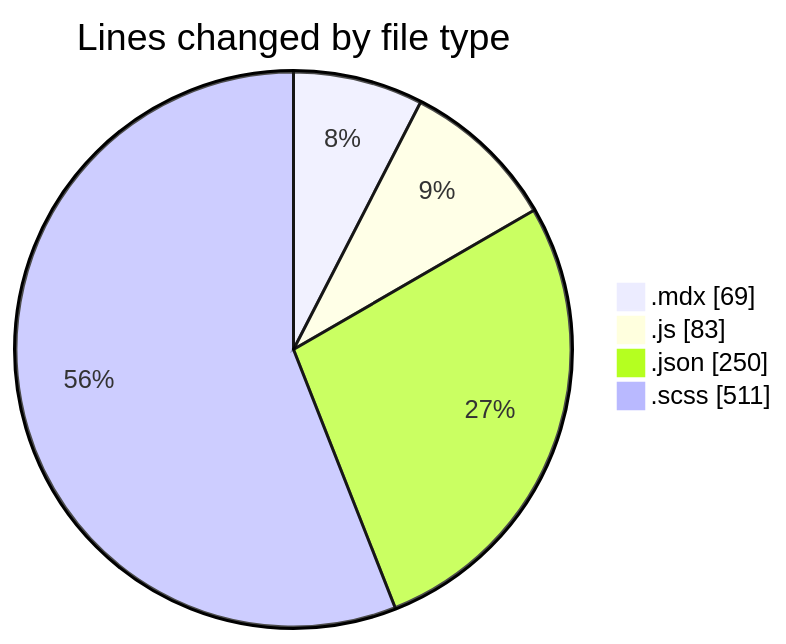
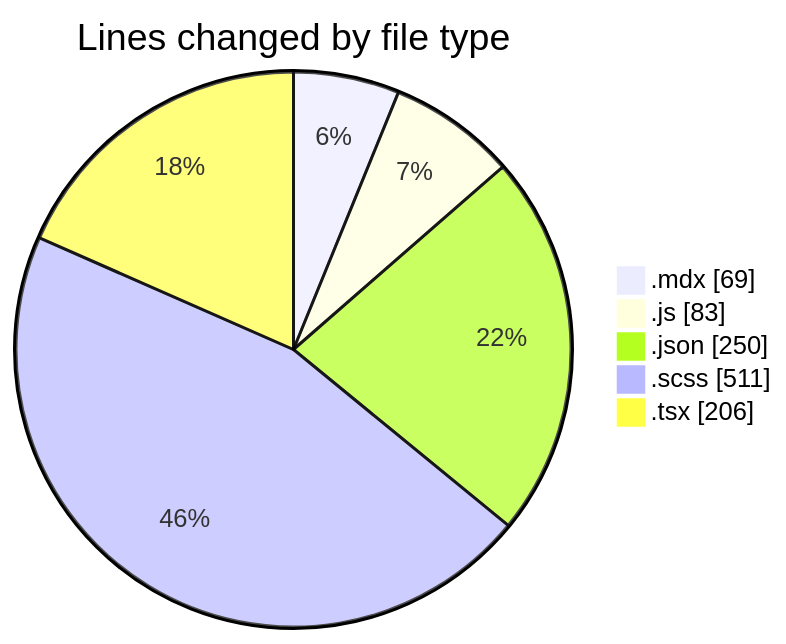
One commit to momahboobian/code-tracking changed the first of 2 diagrams in 2026-08-13/cda/README.md. Above: the diagram before and after it, drawn with Mermaid. The commit also changed other lines of this file and 1 other file, not shown here.

````diff
--- a/2026-08-13/cda/README.md
+++ b/2026-08-13/cda/README.md
@@ -27,8 +28,9 @@
 ```mermaid
 pie showData
 title Lines changed by file type
 ".mdx" : 69
 ".js" : 83
 ".json" : 250
 ".scss" : 511
+".tsx" : 206
 ```
````
